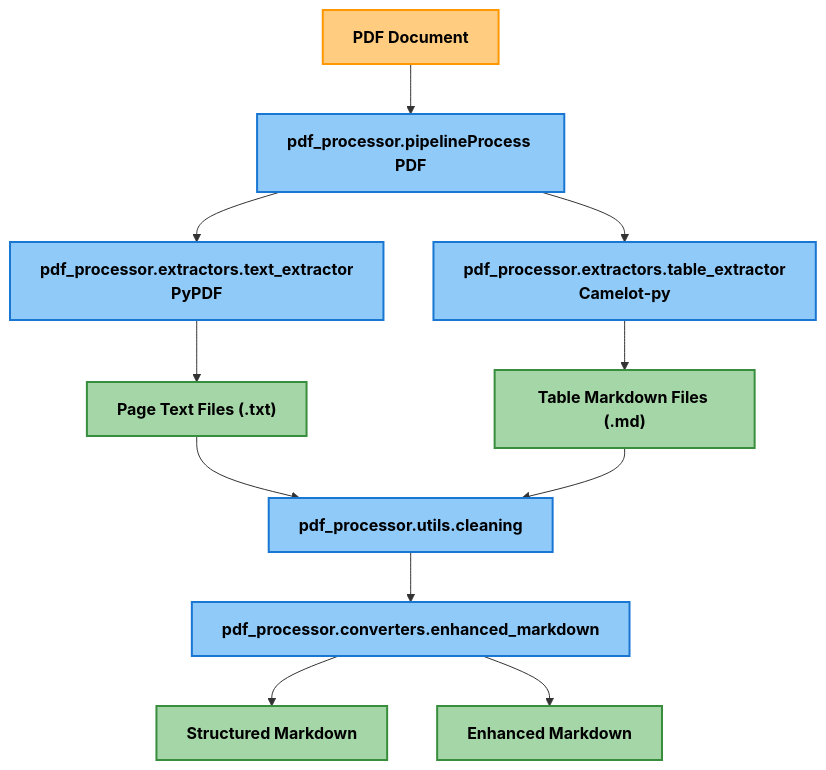
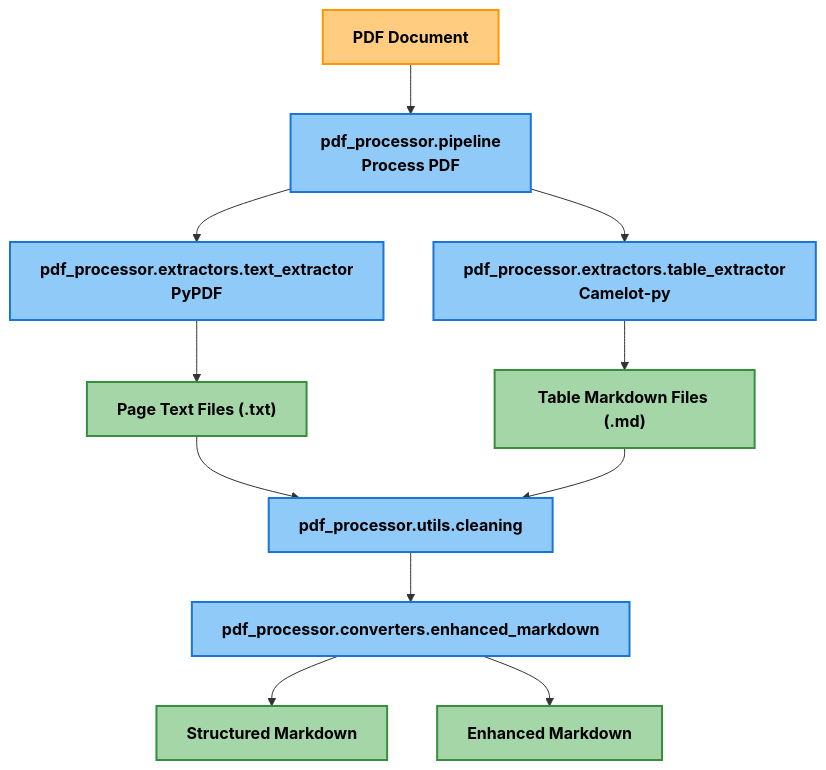
Before and after one commit to SoundMindsAI/pdf-handling: the first of 3 diagrams in README.md, drawn with Mermaid. The commit also changed other lines of this file, not shown here.

First line of the commit message:
Fix newline rendering in Mermaid diagrams

````diff
--- a/README.md
+++ b/README.md
@@ -76,21 +76,21 @@
 ```mermaid
 graph TD
-    PDF[PDF Document] --> PipelineModule[pdf_processor.pipelineProcess PDF]
-    PipelineModule --> TextExtractor[pdf_processor.extractors.text_extractor\nPyPDF]
-    PipelineModule --> TableExtractor[pdf_processor.extractors.table_extractor\nCamelot-py]
+    PDF[PDF Document] --> PipelineModule["pdf_processor.pipeline<br>Process PDF"]
+    PipelineModule --> TextExtractor["pdf_processor.extractors.text_extractor<br>PyPDF"]
+    PipelineModule --> TableExtractor["pdf_processor.extractors.table_extractor<br>Camelot-py"]
     TextExtractor --> ExtractedText["Page Text Files (.txt)"]
     TableExtractor --> TablesMarkdown["Table Markdown Files (.md)"]
     ExtractedText --> CleaningModule[pdf_processor.utils.cleaning]
     TablesMarkdown --> CleaningModule
     CleaningModule --> EnhancedMarkdown[pdf_processor.converters.enhanced_markdown]
     EnhancedMarkdown --> StructuredMD["Structured Markdown"]
     EnhancedMarkdown --> ImprovedMD["Enhanced Markdown"]
     
     classDef input fill:#ffcc80,stroke:#ff9800,stroke-width:2px,color:#000000,font-weight:bold;
     classDef process fill:#90caf9,stroke:#1976d2,stroke-width:2px,color:#000000,font-weight:bold;
     classDef output fill:#a5d6a7,stroke:#388e3c,stroke-width:2px,color:#000000,font-weight:bold;
     
     class PDF input;
     class PipelineModule,TextExtractor,TableExtractor,CleaningModule,EnhancedMarkdown process;
     class TablesMarkdown,ExtractedText,StructuredMD,ImprovedMD output;
 ```
````
